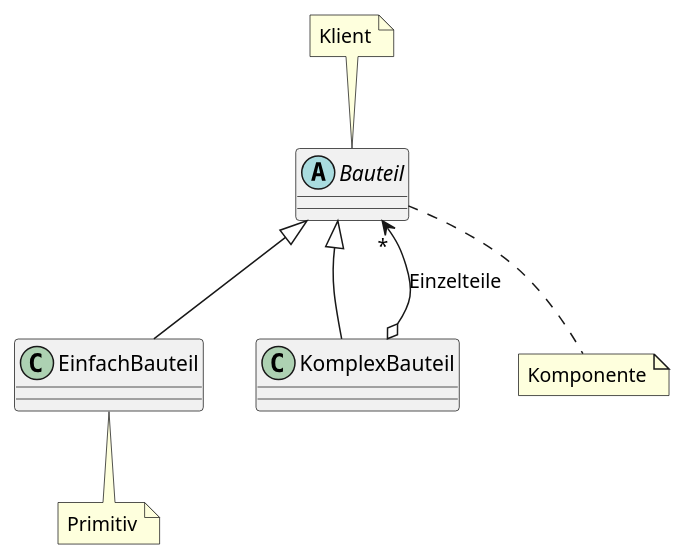
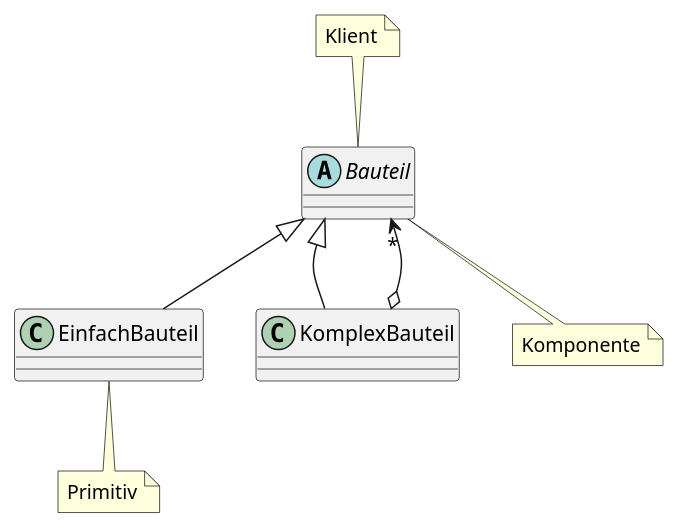
One commit to Dungeon-CampusMinden/Dungeon changed the diagram in dojo-dungeon/todo-assets/Fragen_Pattern/UML_Klassendiagramm3_source.pu. Above: the diagram before and after it, drawn with PlantUML. The commit also changed 7 other files, not shown here.

```diff
--- a/dojo-dungeon/todo-assets/Fragen_Pattern/UML_Klassendiagramm3_source.pu
+++ b/dojo-dungeon/todo-assets/Fragen_Pattern/UML_Klassendiagramm3_source.pu
@@ -1,13 +1,13 @@
 @startuml UML_Klassendiagramm3.png
 abstract Bauteil
 Bauteil <|-- EinfachBauteil
 Bauteil <|-- KomplexBauteil
 Bauteil -[hidden]- KomplexBauteil
-Bauteil "*" <--o KomplexBauteil : Einzelteile
+Bauteil "*" <--o KomplexBauteil
 note "Klient" as n0
 note "Primitiv" as n1
 note "Komponente" as n2
 n0 .. Bauteil
 EinfachBauteil .. n1
 Bauteil .. n2
 @enduml
```
